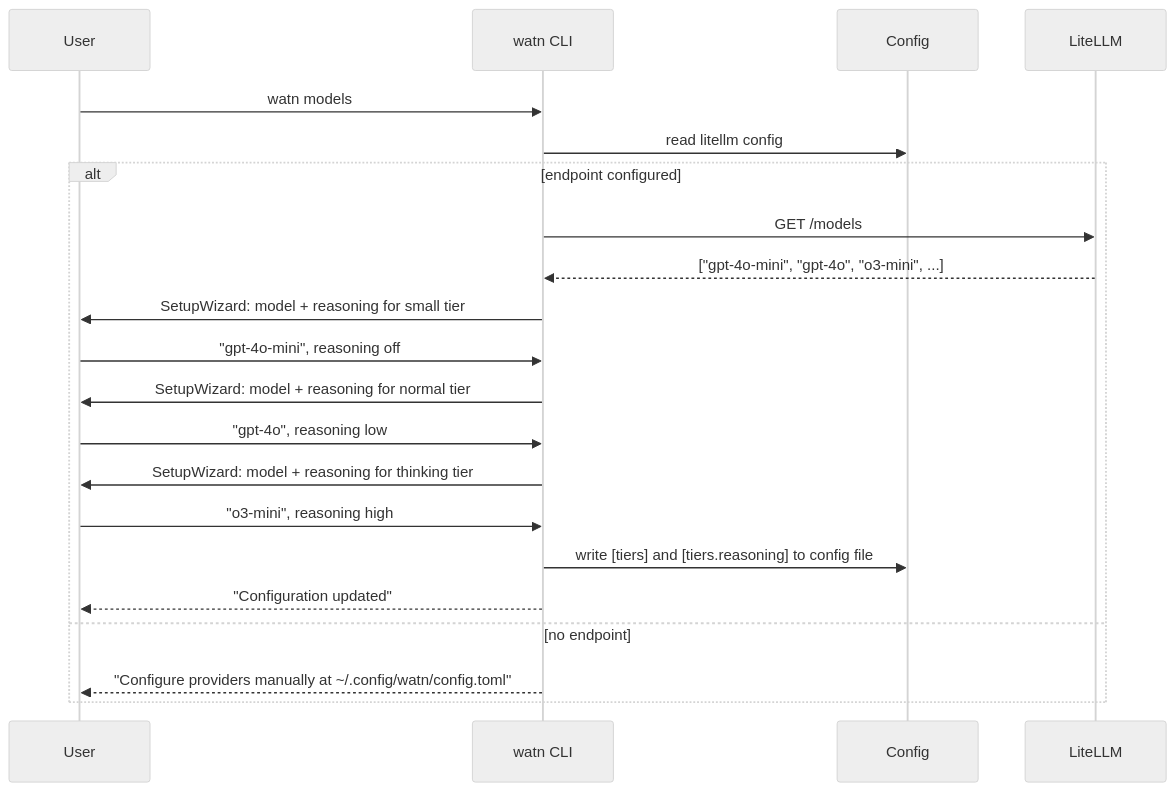
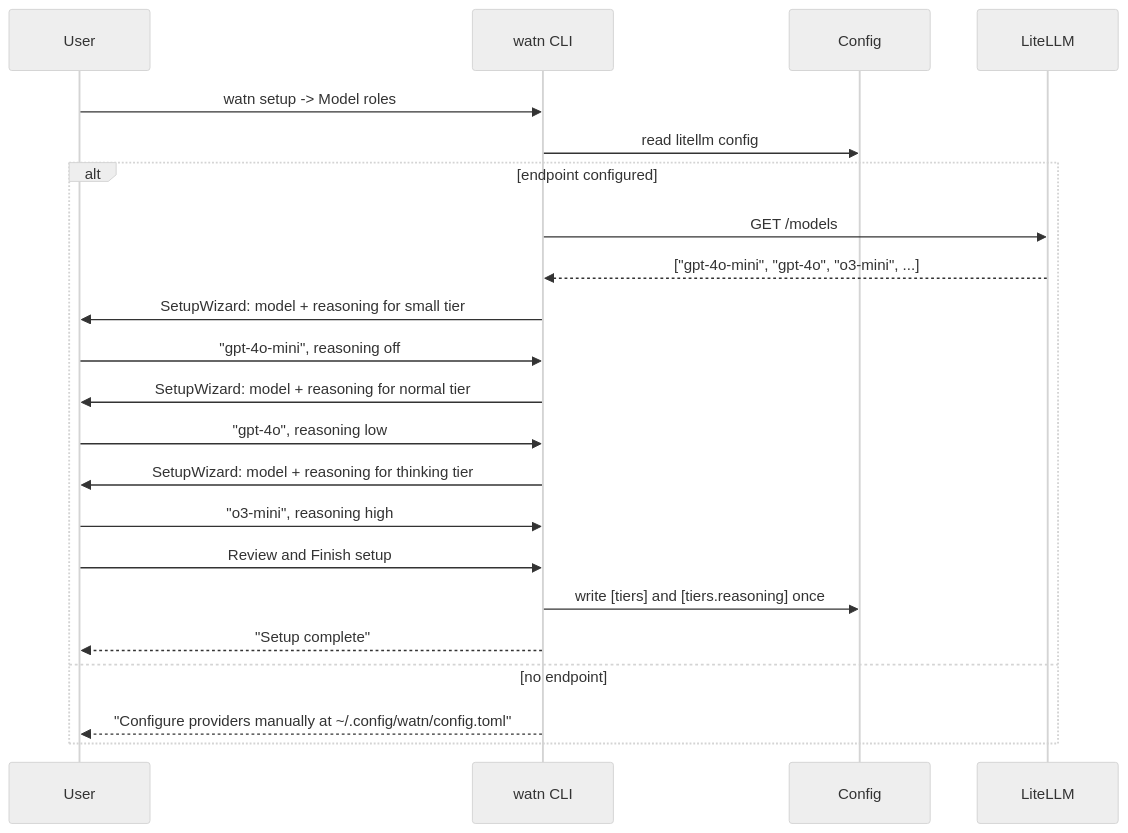
Diagram 11 of 21 in docs/arc42/06-runtime-view.md (buster/watn), drawn with Mermaid (neutral theme) before and after one commit. The commit also changed other lines of this file and 49 other files, not shown here.

````diff
--- a/docs/arc42/06-runtime-view.md
+++ b/docs/arc42/06-runtime-view.md
@@ -364,24 +430,25 @@
 ```mermaid
 sequenceDiagram
     participant User as User
     participant CLI as watn CLI
     participant Config as Config
     participant LLM as LiteLLM
 
-    User->>CLI: watn models
+    User->>CLI: watn setup -> Model roles
     CLI->>Config: read litellm config
     alt endpoint configured
         CLI->>LLM: GET /models
         LLM-->>CLI: ["gpt-4o-mini", "gpt-4o", "o3-mini", ...]
         CLI->>User: SetupWizard: model + reasoning for small tier
         User->>CLI: "gpt-4o-mini", reasoning off
         CLI->>User: SetupWizard: model + reasoning for normal tier
         User->>CLI: "gpt-4o", reasoning low
         CLI->>User: SetupWizard: model + reasoning for thinking tier
         User->>CLI: "o3-mini", reasoning high
-        CLI->>Config: write [tiers] and [tiers.reasoning] to config file
-        CLI-->>User: "Configuration updated"
+        User->>CLI: Review and Finish setup
+        CLI->>Config: write [tiers] and [tiers.reasoning] once
+        CLI-->>User: "Setup complete"
     else no endpoint
         CLI-->>User: "Configure providers manually at ~/.config/watn/config.toml"
     end
 ```
````
